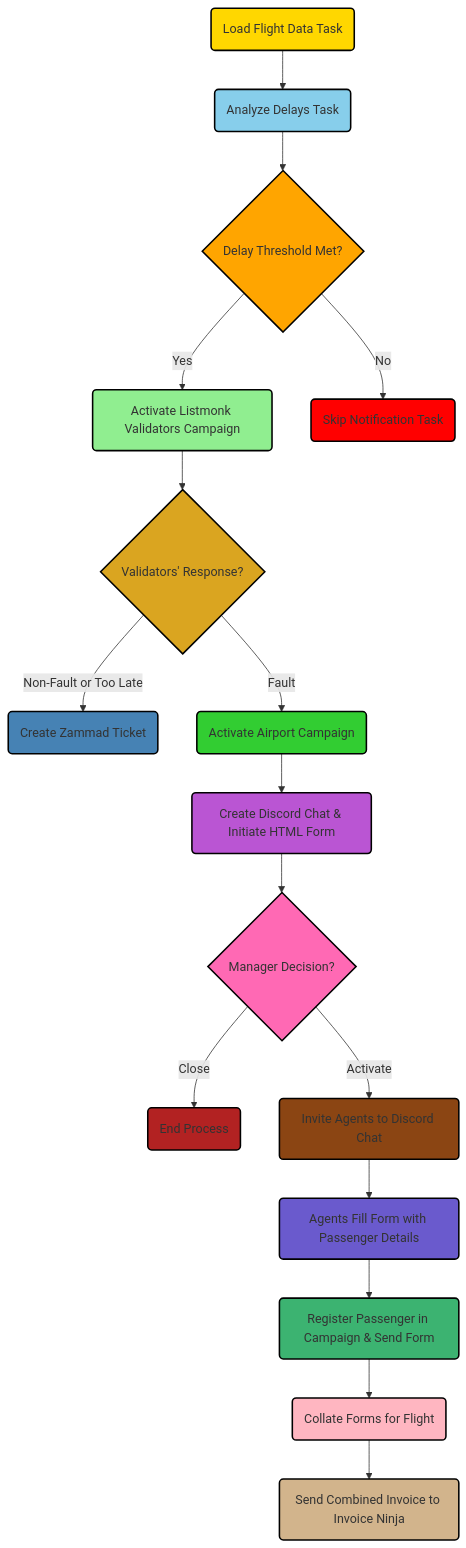
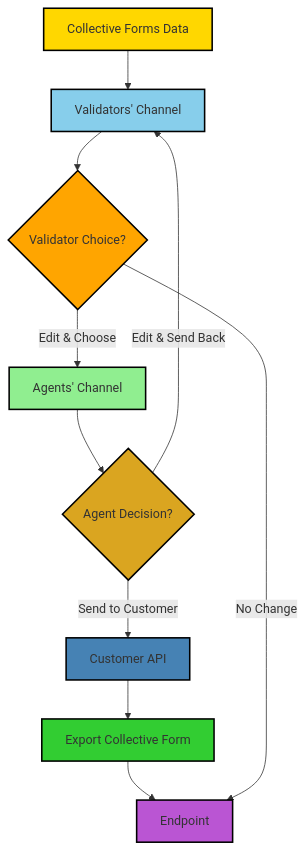
The diagram in README.md (LuigiClemente/Flight-Delay-Claim-Form-Automation-Plan), drawn with Mermaid before and after one commit. The commit also changed other lines of this file, not shown here.

````diff
--- a/README.md
+++ b/README.md
@@ -1,34 +1,20 @@
 ```mermaid
 graph TD
-    A(Load Flight Data Task) --> B(Analyze Delays Task)
-    B --> C{Delay Threshold Met?}
-    C -->|Yes| D(Activate Listmonk Validators Campaign)
-    C -->|No| E(Skip Notification Task)
-    D --> F{Validators' Response?}
-    F -->|Non-Fault or Too Late| G(Create Zammad Ticket)
-    F -->|Fault| H(Activate Airport Campaign)
-    H --> I(Create Discord Chat & Initiate HTML Form)
-    I --> J{Manager Decision?}
-    J -->|Close| K(End Process)
-    J -->|Activate| L(Invite Agents to Discord Chat)
-    L --> M(Agents Fill Form with Passenger Details)
-    M --> N(Register Passenger in Campaign & Send Form)
-    N --> O(Collate Forms for Flight)
-    O --> P(Send Combined Invoice to Invoice Ninja)
+    A[Collective Forms Data] --> B[Validators' Channel]
+    B --> C{Validator Choice?}
+    C -->|Edit & Choose| D[Agents' Channel]
+    D --> E{Agent Decision?}
+    E -->|Edit & Send Back| B[Validators' Channel]
+    E -->|Send to Customer| F[Customer API]
+    F --> G[Export Collective Form]
+    G --> H[Endpoint]
+    C -->|No Change| H[Endpoint]
     style A fill:#FFD700, stroke:#000, stroke-width:2px
     style B fill:#87CEEB, stroke:#000, stroke-width:2px
     style C fill:#FFA500, stroke:#000, stroke-width:2px
     style D fill:#90EE90, stroke:#000, stroke-width:2px
-    style E fill:#FF0000, stroke:#000, stroke-width:2px
-    style F fill:#DAA520, stroke:#000, stroke-width:2px
-    style G fill:#4682B4, stroke:#000, stroke-width:2px
-    style H fill:#32CD32, stroke:#000, stroke-width:2px
-    style I fill:#BA55D3, stroke:#000, stroke-width:2px
-    style J fill:#FF69B4, stroke:#000, stroke-width:2px
-    style K fill:#B22222, stroke:#000, stroke-width:2px
-    style L fill:#8B4513, stroke:#000, stroke-width:2px
-    style M fill:#6A5ACD, stroke:#000, stroke-width:2px
-    style N fill:#3CB371, stroke:#000, stroke-width:2px
-    style O fill:#FFB6C1, stroke:#000, stroke-width:2px
-    style P fill:#D2B48C, stroke:#000, stroke-width:2px
+    style E fill:#DAA520, stroke:#000, stroke-width:2px
+    style F fill:#4682B4, stroke:#000, stroke-width:2px
+    style G fill:#32CD32, stroke:#000, stroke-width:2px
+    style H fill:#BA55D3, stroke:#000, stroke-width:2px
 ```
````
